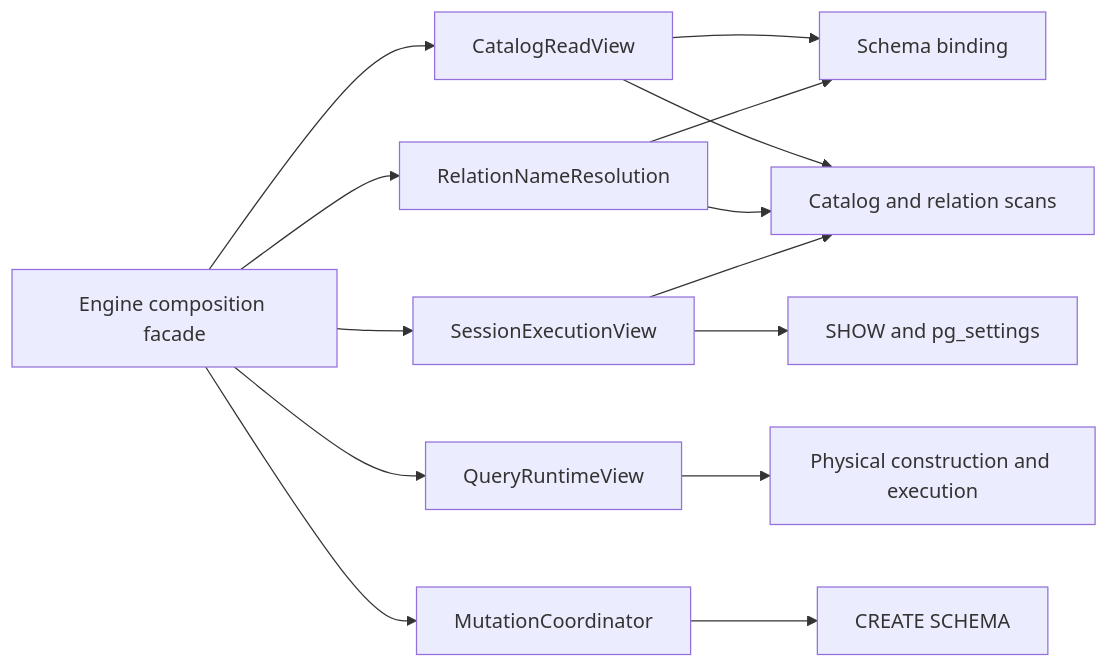
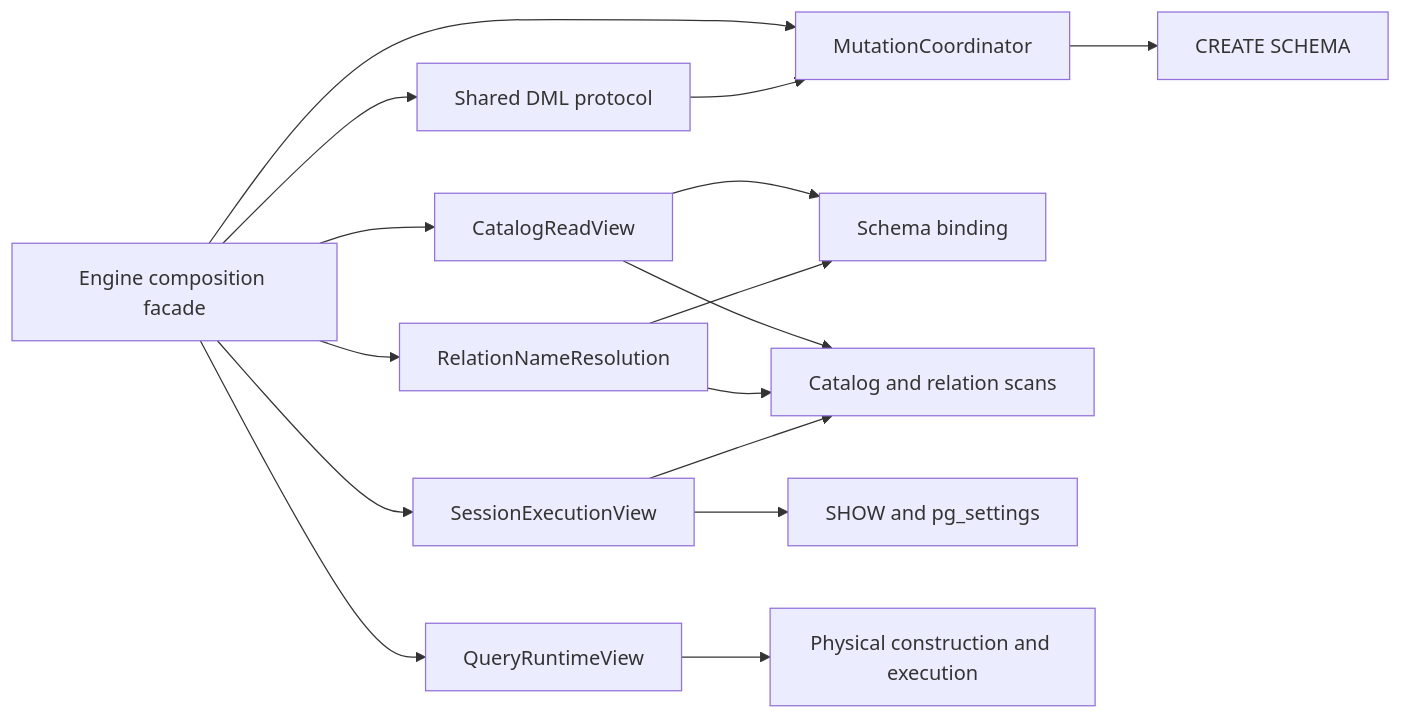
The second of 2 diagrams in docs/manual/internals/02-planning-and-execution.md (cognica-io/uqa-engine), drawn with Mermaid before and after one commit. The commit also changed other lines of this file and 38 other files, not shown here.

````diff
--- a/docs/manual/internals/02-planning-and-execution.md
+++ b/docs/manual/internals/02-planning-and-execution.md
@@ -40,16 +40,18 @@
 ```mermaid
 flowchart LR
     Engine[Engine composition facade] --> Catalog[CatalogReadView]
     Engine --> Resolution[RelationNameResolution]
     Engine --> Session[SessionExecutionView]
     Engine --> Runtime[QueryRuntimeView]
     Engine --> Mutation[MutationCoordinator]
     Catalog --> Bind[Schema binding]
     Resolution --> Bind
     Catalog --> Scan[Catalog and relation scans]
     Resolution --> Scan
     Session --> Scan
     Session --> Settings[SHOW and pg_settings]
     Runtime --> Physical[Physical construction and execution]
     Mutation --> Schema[CREATE SCHEMA]
+    Engine --> DML[Shared DML protocol]
+    DML --> Mutation
 ```
````
